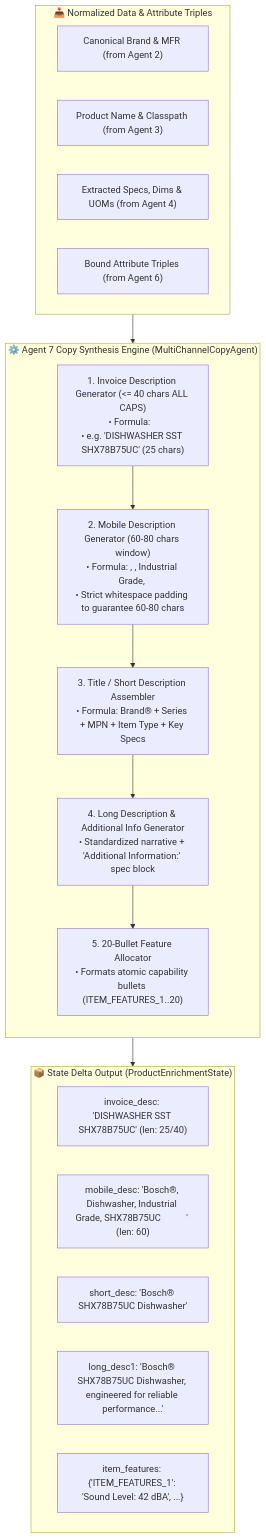
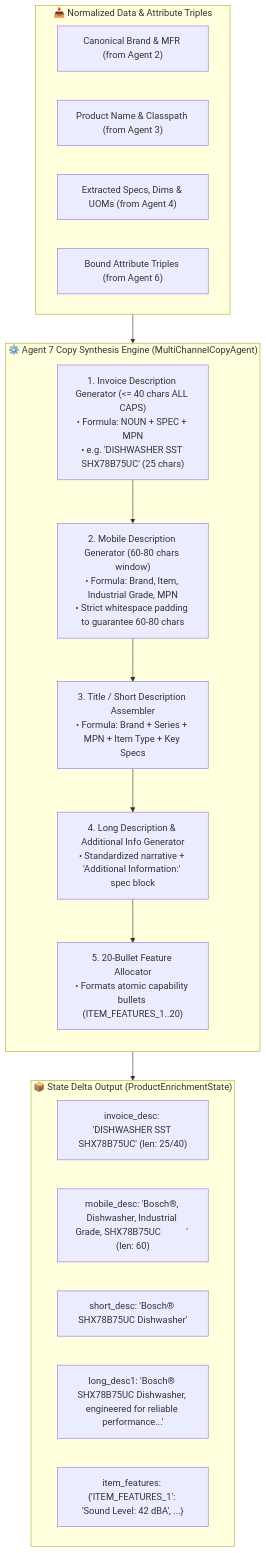
The diagram in Solution/agents/README_Agent_7_MultiChannel_Copy_Builder.md (SharadJhanwar/OmniSpec), drawn with Mermaid before and after one commit. The commit also changed 3 other files, not shown here.

Commit message:
fix(docs): resolve Mermaid syntax and unescaped quote formatting in agent blueprints

````diff
--- a/Solution/agents/README_Agent_7_MultiChannel_Copy_Builder.md
+++ b/Solution/agents/README_Agent_7_MultiChannel_Copy_Builder.md
@@ -8,31 +8,31 @@
 ```mermaid
 flowchart TD
     subgraph COPY_INPUT ["📥 Normalized Data & Attribute Triples"]
         A2_BRAND["Canonical Brand & MFR (from Agent 2)"]
         A3_PNAME["Product Name & Classpath (from Agent 3)"]
         A4_SPECS["Extracted Specs, Dims & UOMs (from Agent 4)"]
         A6_TRIPLES["Bound Attribute Triples (from Agent 6)"]
     end
 
     subgraph AGENT_7_CORE ["⚙️ Agent 7 Copy Synthesis Engine (MultiChannelCopyAgent)"]
         direction TB
-        STEP1["1. Invoice Description Generator (<= 40 chars ALL CAPS)<br/>• Formula: <NOUN> <SPEC> <MPN><br/>• e.g. 'DISHWASHER SST SHX78B75UC' (25 chars)"]
-        STEP2["2. Mobile Description Generator (60-80 chars window)<br/>• Formula: <Brand>, <Item>, Industrial Grade, <MPN><br/>• Strict whitespace padding to guarantee 60-80 chars"]
-        STEP3["3. Title / Short Description Assembler<br/>• Formula: Brand® + Series + MPN + Item Type + Key Specs"]
+        STEP1["1. Invoice Description Generator (<= 40 chars ALL CAPS)<br/>• Formula: NOUN + SPEC + MPN<br/>• e.g. 'DISHWASHER SST SHX78B75UC' (25 chars)"]
+        STEP2["2. Mobile Description Generator (60-80 chars window)<br/>• Formula: Brand, Item, Industrial Grade, MPN<br/>• Strict whitespace padding to guarantee 60-80 chars"]
+        STEP3["3. Title / Short Description Assembler<br/>• Formula: Brand + Series + MPN + Item Type + Key Specs"]
         STEP4["4. Long Description & Additional Info Generator<br/>• Standardized narrative + 'Additional Information:' spec block"]
         STEP5["5. 20-Bullet Feature Allocator<br/>• Formats atomic capability bullets (ITEM_FEATURES_1..20)"]
         
         STEP1 --> STEP2 --> STEP3 --> STEP4 --> STEP5
     end
 
     subgraph COPY_OUTPUT ["📦 State Delta Output (ProductEnrichmentState)"]
         INVOICE["invoice_desc: 'DISHWASHER SST SHX78B75UC' (len: 25/40)"]
         MOBILE["mobile_desc: 'Bosch®, Dishwasher, Industrial Grade, SHX78B75UC           ' (len: 60)"]
         SHORT["short_desc: 'Bosch® SHX78B75UC Dishwasher'"]
         LONG["long_desc1: 'Bosch® SHX78B75UC Dishwasher, engineered for reliable performance...'"]
         BULLETS["item_features: {'ITEM_FEATURES_1': 'Sound Level: 42 dBA', ...}"]
     end
 
     COPY_INPUT --> STEP1
     STEP5 --> COPY_OUTPUT
 ```
````
